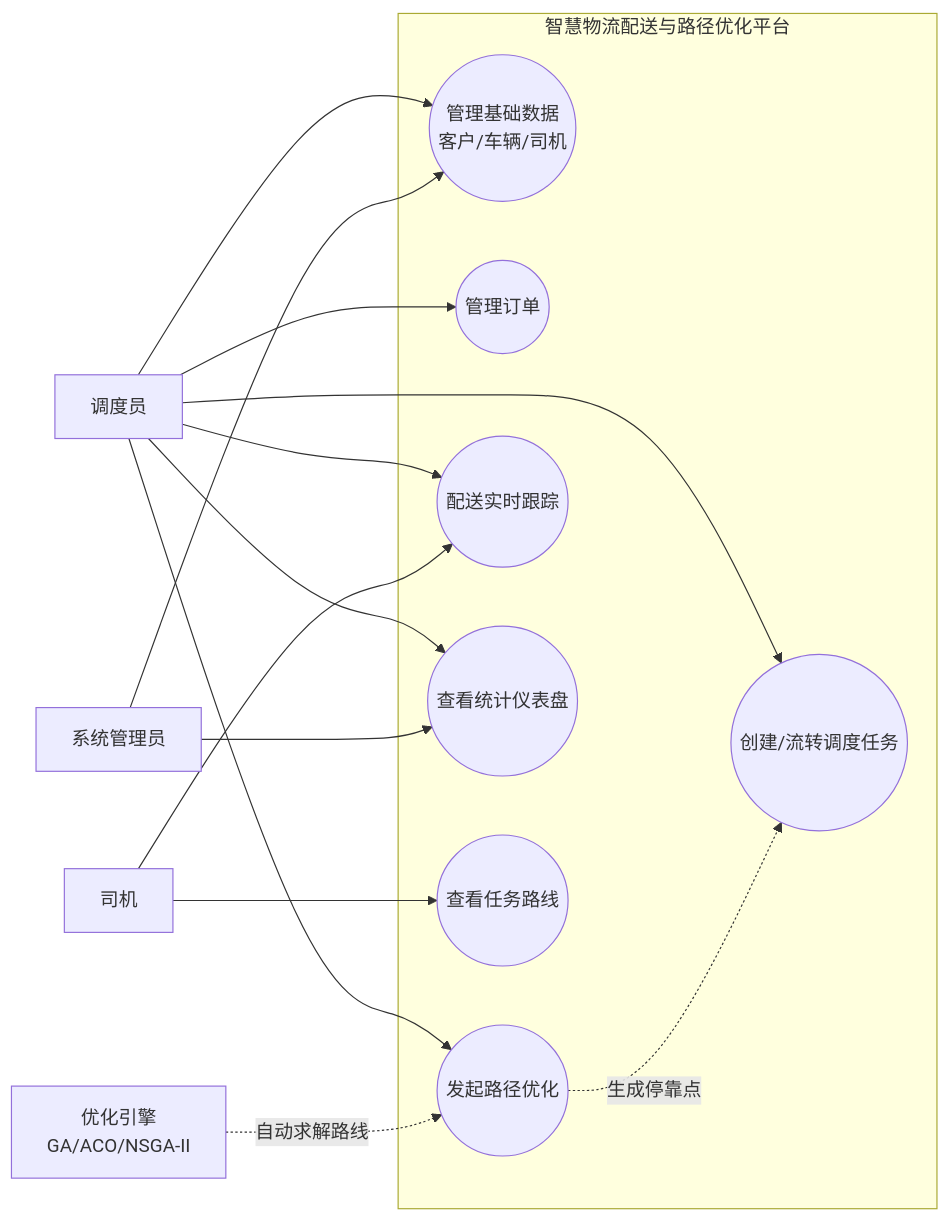
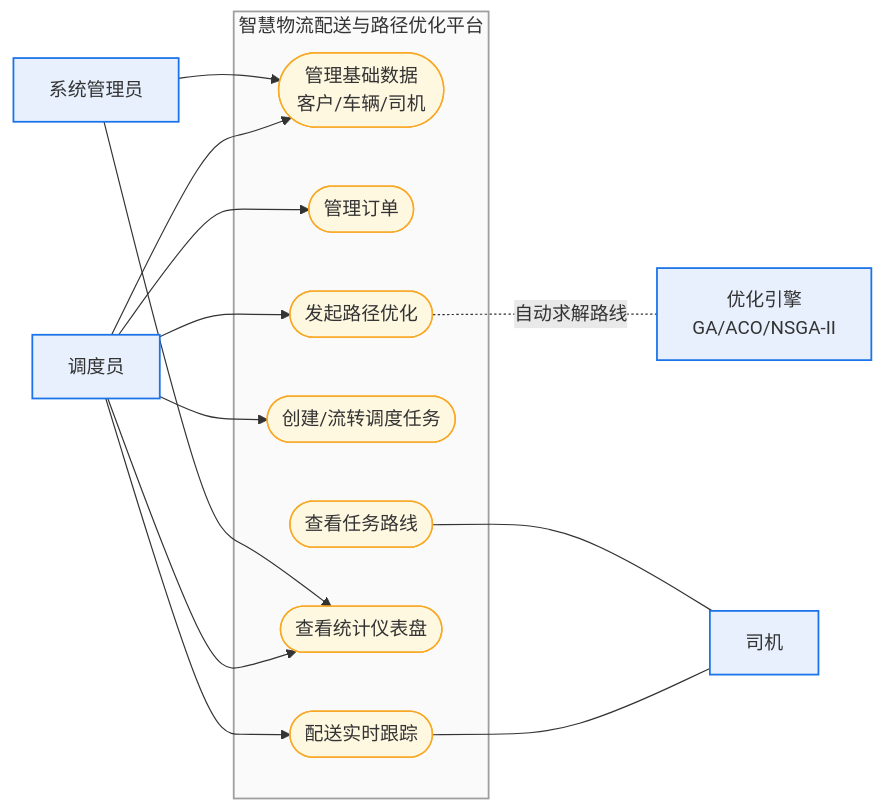
One commit to zhouhuiying123/smart-logistics-platform changed the first of 4 diagrams in docs/01-需求文档.md. Above: the diagram before and after it, drawn with Mermaid. The commit also changed other lines of this file and 1 other file, not shown here.

Commit message:
docs: 重绘总体用例图/路径优化流程图/状态机图并优化比例，同步重建 Word 版本

````diff
--- a/docs/01-需求文档.md
+++ b/docs/01-需求文档.md
@@ -142,30 +142,32 @@
 ```mermaid
 flowchart LR
-    subgraph 系统[智慧物流配送与路径优化平台]
-        UC1((管理基础数据<br/>客户/车辆/司机))
-        UC2((管理订单))
-        UC3((发起路径优化))
-        UC4((创建/流转调度任务))
-        UC5((配送实时跟踪))
-        UC6((查看统计仪表盘))
-        UC7((查看任务路线))
+    Dispatcher[调度员]:::actor
+    Admin[系统管理员]:::actor
+
+    subgraph sys[智慧物流配送与路径优化平台]
+        UC1([管理基础数据<br/>客户/车辆/司机]):::uc
+        UC2([管理订单]):::uc
+        UC3([发起路径优化]):::uc
+        UC4([创建/流转调度任务]):::uc
+        UC5([配送实时跟踪]):::uc
+        UC6([查看统计仪表盘]):::uc
+        UC7([查看任务路线]):::uc
     end
 
-    Dispatcher[调度员]
-    Admin[系统管理员]
-    Driver[司机]
-    Engine[优化引擎<br/>GA/ACO/NSGA-II]
+    UC5 --- Driver[司机]:::actor
+    UC7 --- Driver
+    UC3 -.自动求解路线.- Engine[优化引擎<br/>GA/ACO/NSGA-II]:::actor
 
     Dispatcher --> UC1
     Dispatcher --> UC2
     Dispatcher --> UC3
     Dispatcher --> UC4
     Dispatcher --> UC5
     Dispatcher --> UC6
     Admin --> UC1
     Admin --> UC6
-    Driver --> UC7
-    Driver --> UC5
-    Engine -.自动求解路线.-> UC3
-    UC3 -.生成停靠点.-> UC4
+
+    classDef actor fill:#E8F0FE,stroke:#1A73E8,stroke-width:1.5px
+    classDef uc fill:#FFF8E1,stroke:#F9A825,stroke-width:1.2px
+    style sys fill:#FAFAFA,stroke:#9E9E9E,stroke-width:1.5px
 ```
````
